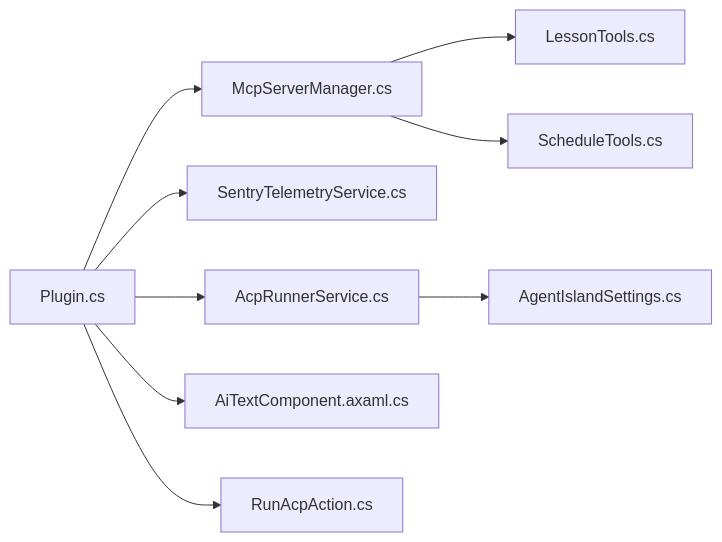
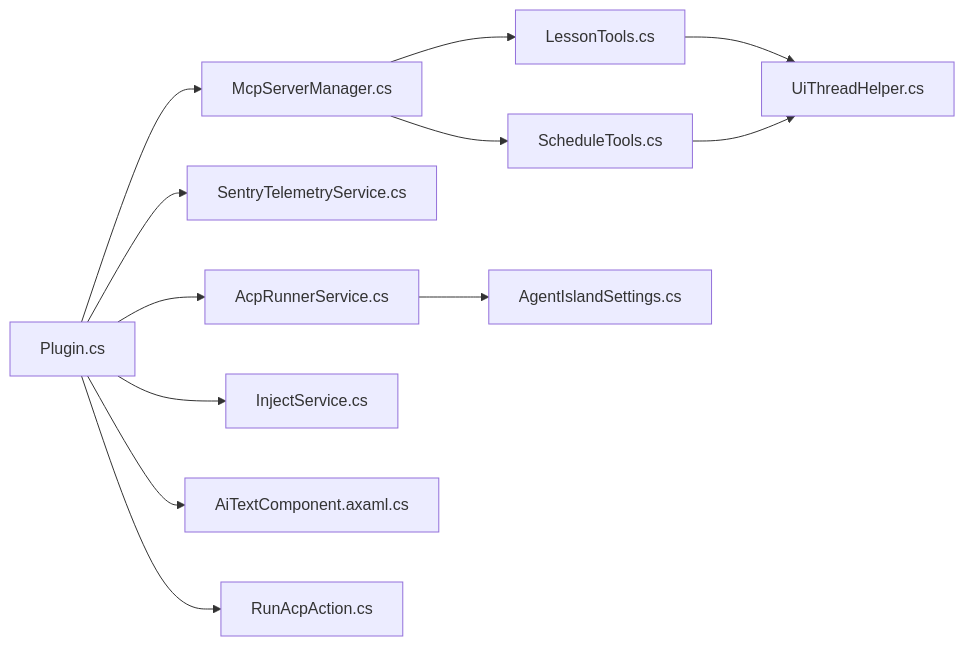
Before and after one commit to ShihaoShenDev/AgentIsland: the ninth of 9 diagrams in .qoder/repowiki/zh/content/架构设计/架构设计.md, drawn with Mermaid. The commit also changed other lines of this file and 31 other files, not shown here.

````diff
--- a/.qoder/repowiki/zh/content/架构设计/架构设计.md
+++ b/.qoder/repowiki/zh/content/架构设计/架构设计.md
@@ -407,11 +460,14 @@
 ```mermaid
 graph LR
 Plugin["Plugin.cs"] --> McpMgr["McpServerManager.cs"]
 Plugin --> Telemetry["SentryTelemetryService.cs"]
 Plugin --> AcpRunner["AcpRunnerService.cs"]
+Plugin --> InjectSvc["InjectService.cs"]
 McpMgr --> LessonTools["LessonTools.cs"]
 McpMgr --> ScheduleTools["ScheduleTools.cs"]
+LessonTools --> UiHelper["UiThreadHelper.cs"]
+ScheduleTools --> UiHelper["UiThreadHelper.cs"]
 AcpRunner --> Settings["AgentIslandSettings.cs"]
 Plugin --> UIComp["AiTextComponent.axaml.cs"]
 Plugin --> Action["RunAcpAction.cs"]
 ```
````
